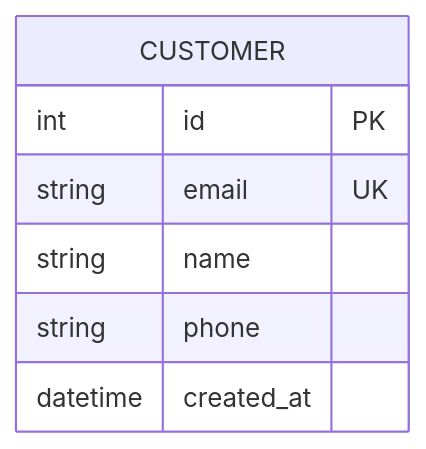
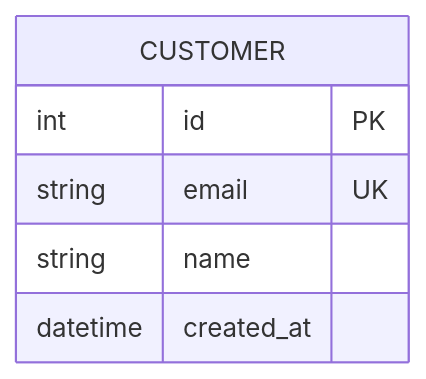
Before and after one commit to el-feo/ai-context: the first of 5 diagrams in plugins/general/skills/mermaid-diagrams/references/erd-diagrams.md, drawn with Mermaid. The commit also changed other lines of this file and 8 other files, not shown here.

First line of the commit message:
refactor(general): reduce mermaid-diagrams SKILL.md and trim oversized references (#207)

````diff
--- a/plugins/general/skills/mermaid-diagrams/references/erd-diagrams.md
+++ b/plugins/general/skills/mermaid-diagrams/references/erd-diagrams.md
@@ -25,10 +5,9 @@
 ```mermaid
 erDiagram
     CUSTOMER {
         int id PK
         string email UK
         string name
-        string phone
         datetime created_at
     }
 ```
````
